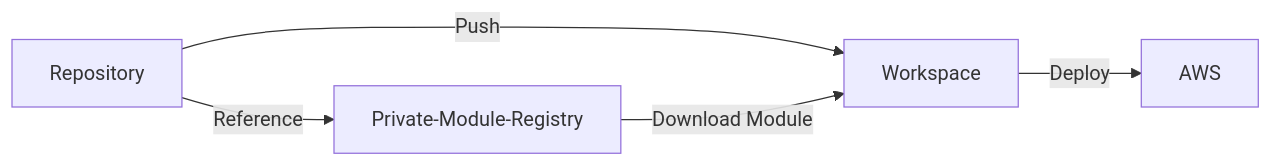
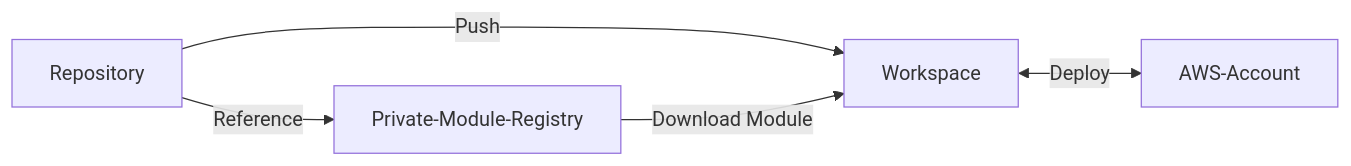
The diagram in AWS/aws0002/README.md (carlos-castillo-a/terraform-cloud), drawn with Mermaid before and after one commit.

Commit message:
Update mermaid

````diff
--- a/AWS/aws0002/README.md
+++ b/AWS/aws0002/README.md
@@ -7,7 +7,7 @@
 ```mermaid
 flowchart LR;
     Repository -->|Push| Workspace
     Repository -->|Reference| Private-Module-Registry
     Private-Module-Registry -->|Download Module| Workspace
-    Workspace -->|Deploy| AWS
+    Workspace <-->|Deploy| AWS-Account
 ```
````
